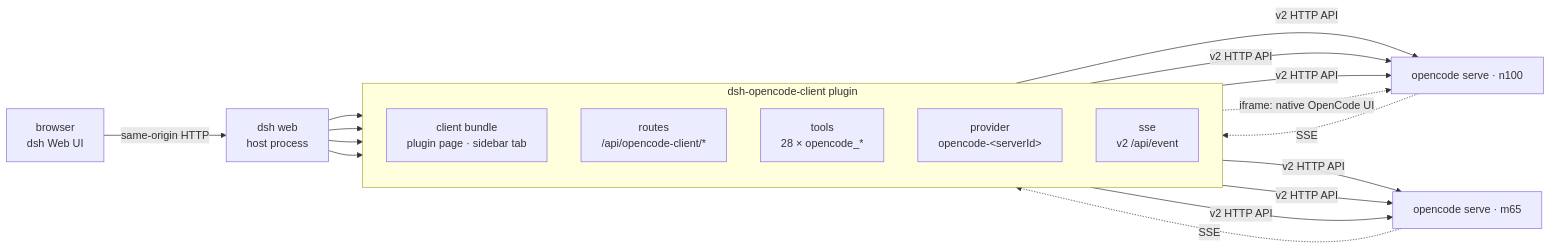
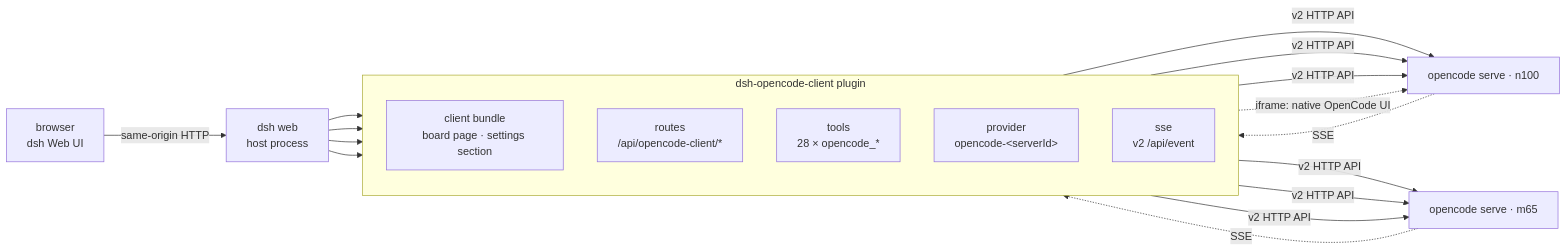
One commit to yhuan416/dsh-opencode-client changed the diagram in README.md. Above: the diagram before and after it, drawn with Mermaid. The commit also changed other lines of this file and 5 other files, not shown here.

````diff
--- a/README.md
+++ b/README.md
@@ -93,29 +93,29 @@
 ```mermaid
 flowchart LR
     BROWSER["browser<br/>dsh Web UI"] -->|"same-origin HTTP"| DSH["dsh web<br/>host process"]
 
     subgraph PLUGIN["dsh-opencode-client plugin"]
         direction TB
-        CLIENT["client bundle<br/>plugin page · sidebar tab"]
+        CLIENT["client bundle<br/>board page · settings section"]
         ROUTES["routes<br/>/api/opencode-client/*"]
         TOOLS["tools<br/>28 × opencode_*"]
         PROVIDER["provider<br/>opencode-&lt;serverId&gt;"]
         SSE["sse<br/>v2 /api/event"]
     end
 
     DSH --> CLIENT
     DSH --> ROUTES
     DSH --> TOOLS
     DSH --> PROVIDER
 
     ROUTES -->|"v2 HTTP API"| N100["opencode serve · n100"]
     TOOLS -->|"v2 HTTP API"| N100
     PROVIDER -->|"v2 HTTP API"| N100
     ROUTES -->|"v2 HTTP API"| M65["opencode serve · m65"]
     TOOLS -->|"v2 HTTP API"| M65
     PROVIDER -->|"v2 HTTP API"| M65
 
     N100 -.->|"SSE"| SSE
     M65 -.->|"SSE"| SSE
     CLIENT -.->|"iframe: native OpenCode UI"| N100
 ```
````
